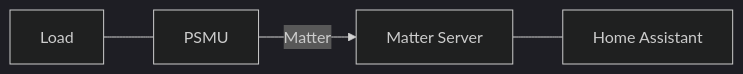
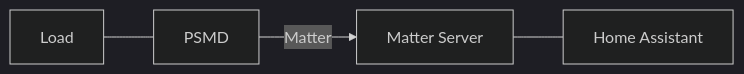
One commit to lgLindstrom/psmu changed the diagram in docs/specification/architecture.md. Above: the diagram before and after it, drawn with Mermaid (dark theme). The commit also changed other lines of this file and 14 other files, not shown here.

Commit message:
chore: rename PSMU to PSMD and declare firmware/ in repo (#3)

````diff
--- a/docs/specification/architecture.md
+++ b/docs/specification/architecture.md
@@ -34,6 +34,6 @@
 ```mermaid
 flowchart LR
-    Load[Load] --- PSMU[PSMU]
-    PSMU -- Matter --> MS[Matter Server]
+    Load[Load] --- PSMD[PSMD]
+    PSMD -- Matter --> MS[Matter Server]
     MS --- HA[Home Assistant]
 ```
````
